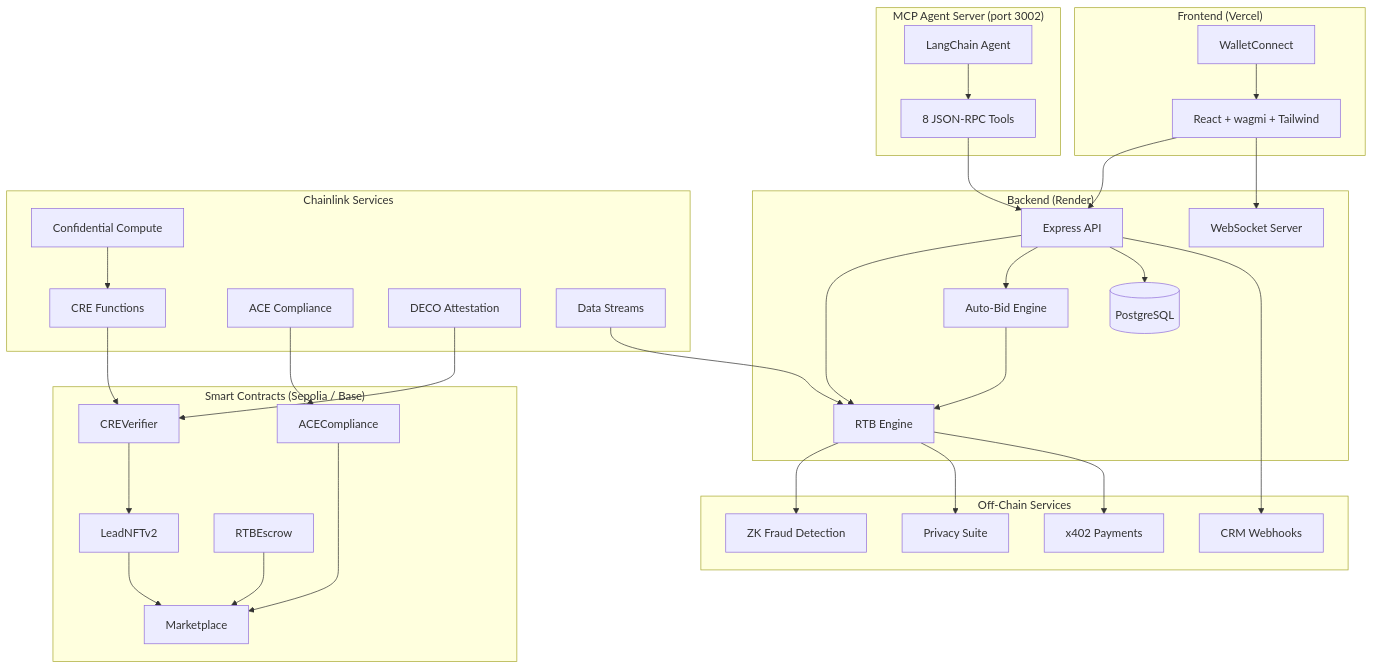
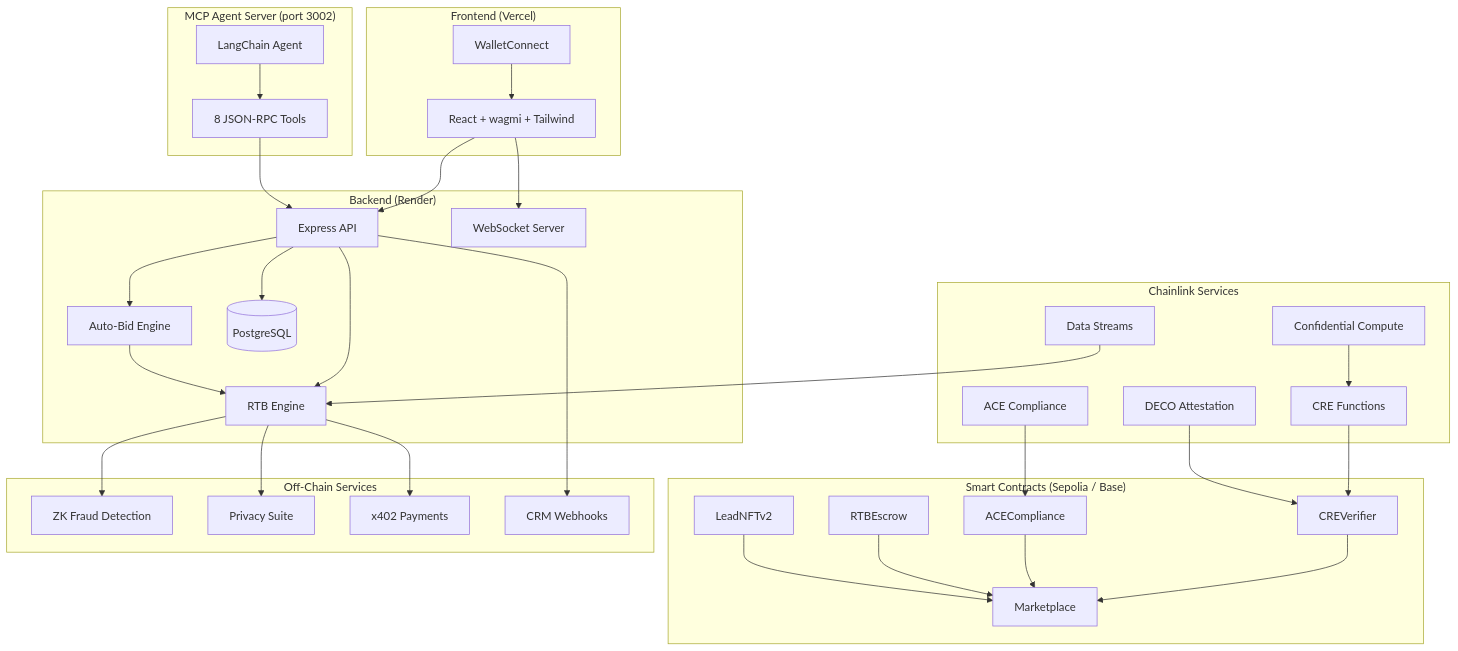
The second of 2 diagrams in README.md (bnmbnmai/lead-engine-cre), drawn with Mermaid before and after one commit. The commit also changed other lines of this file and 32 other files, not shown here.

````diff
--- a/README.md
+++ b/README.md
@@ -141,66 +213,66 @@
 ```mermaid
 graph TB
     subgraph Frontend["Frontend (Vercel)"]
         UI[React + wagmi + Tailwind]
         WC[WalletConnect]
     end
 
     subgraph Backend["Backend (Render)"]
         API[Express API]
         RTB[RTB Engine]
         AB[Auto-Bid Engine]
         WS[WebSocket Server]
         DB[(PostgreSQL)]
     end
 
     subgraph Chainlink["Chainlink Services"]
         CRE[CRE Functions]
         ACE[ACE Compliance]
         DECO[DECO Attestation]
         DS[Data Streams]
         CC[Confidential Compute]
     end
 
     subgraph Contracts["Smart Contracts (Sepolia / Base)"]
         CV[CREVerifier]
         AC[ACECompliance]
-        NFT[LeadNFTv2]
         ESC[RTBEscrow]
         MKT[Marketplace]
+        NFT[LeadNFTv2]
     end
 
     subgraph Services["Off-Chain Services"]
         ZK[ZK Fraud Detection]
         PRI[Privacy Suite]
         X4[x402 Payments]
         CRM[CRM Webhooks]
     end
 
     subgraph Agent["MCP Agent Server (port 3002)"]
         MCP[8 JSON-RPC Tools]
         LC[LangChain Agent]
     end
 
     UI --> API
     UI --> WS
     WC --> UI
     API --> RTB
     API --> AB
     AB --> RTB
     RTB --> ZK
     RTB --> PRI
     RTB --> X4
     API --> DB
     API --> CRM
     CRE --> CV
     ACE --> AC
     DECO --> CV
     DS --> RTB
     CC --> CRE
-    CV --> NFT
+    CV --> MKT
     AC --> MKT
     ESC --> MKT
     NFT --> MKT
     MCP --> API
     LC --> MCP
 ```
````
